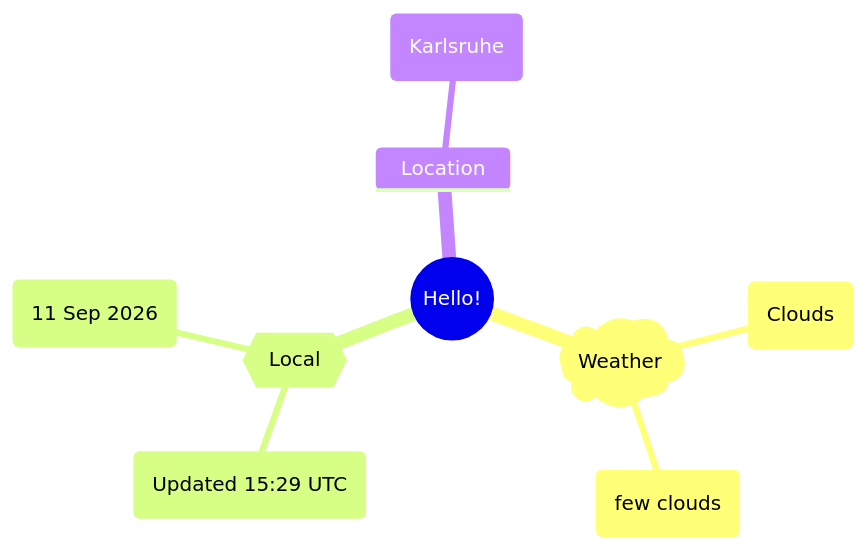
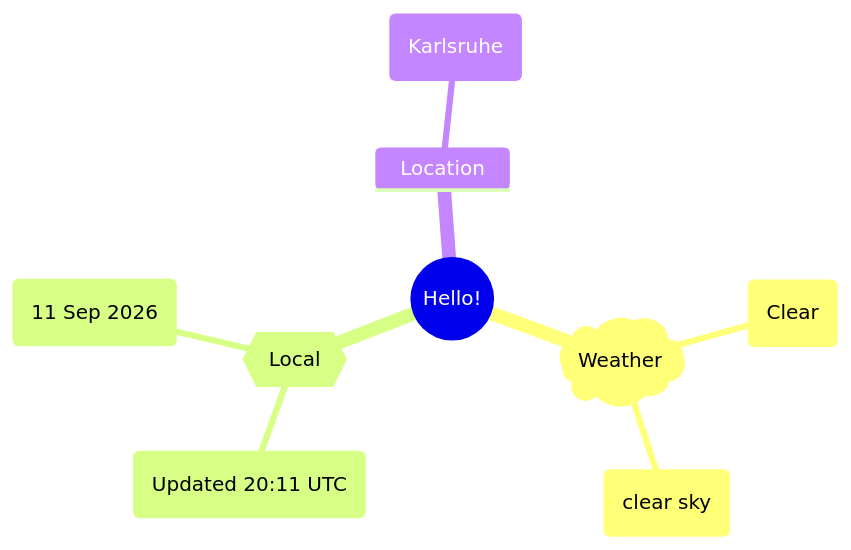
One commit to Xosrov/Xosrov changed the first of 2 diagrams in README.md. Above: the diagram before and after it, drawn with Mermaid.

Commit message:
[bot] updated images

````diff
--- a/README.md
+++ b/README.md
@@ -3,12 +3,12 @@
 ```mermaid
 mindmap
   root((Hello!))
     )Weather(
-        (Clouds)
-        (few clouds)
+        (Clear)
+        (clear sky)
     {{Local}}
-        (Updated 15:29 UTC)
+        (Updated 20:11 UTC)
         (11 Sep 2026)
     Location
         (Karlsruhe)
 ```
````
